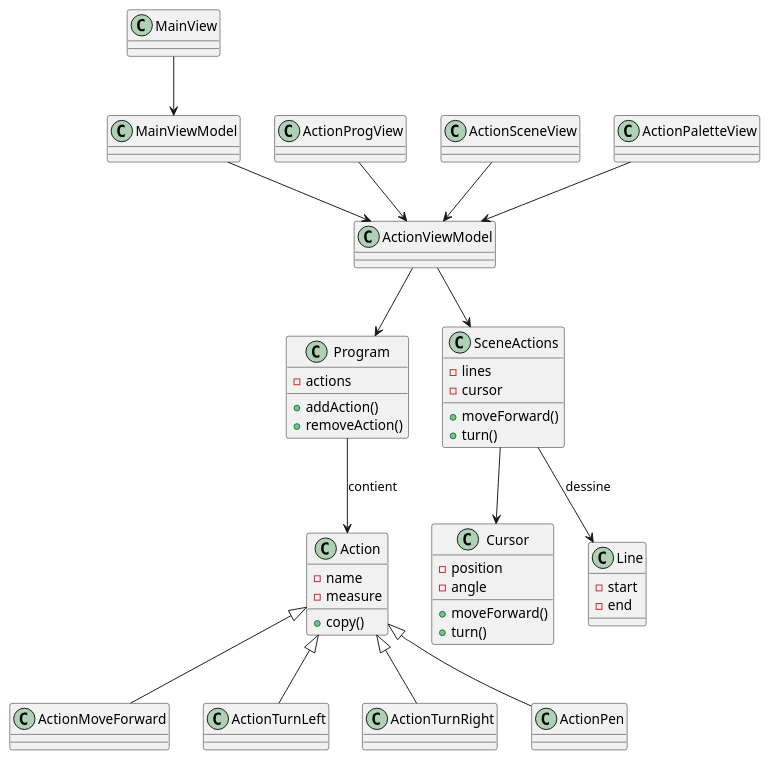
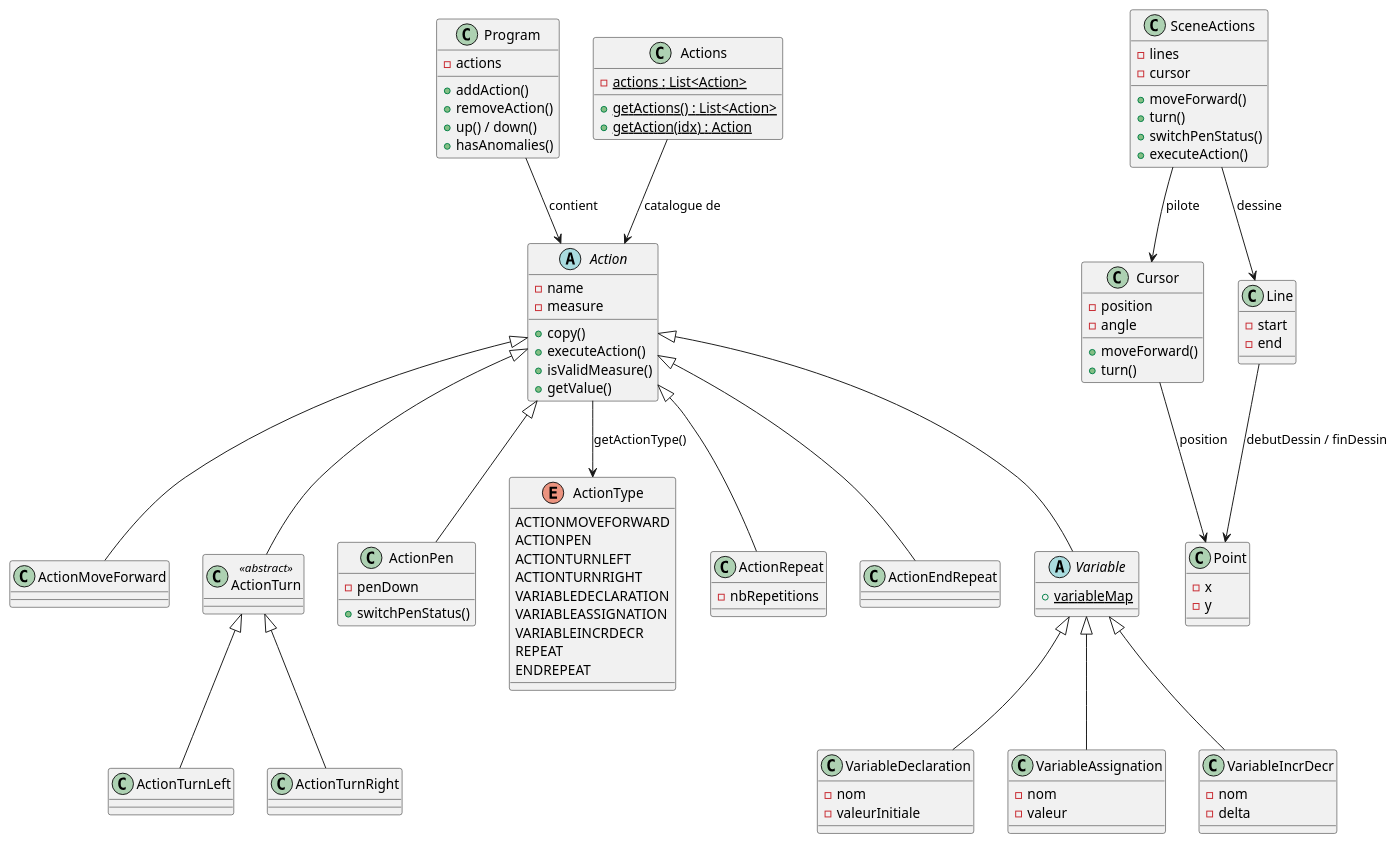
Before and after one commit to cheikh2231/ActionSimulatorJava: the diagram in src/diagrammeClasseDomaine.puml, drawn with PlantUML. The commit also changed 6 other files, not shown here.

Commit message:
Ajout des diagrammes

```diff
--- a/src/diagrammeClasseDomaine.puml
+++ b/src/diagrammeClasseDomaine.puml
@@ -1,60 +1,115 @@
 @startuml
-class Action {
+
+abstract class Action {
     - name
     - measure
     + copy()
+    + executeAction()
+    + isValidMeasure()
+    + getValue()
 }
 
 class ActionMoveForward
+class ActionTurn <<abstract>>
 class ActionTurnLeft
 class ActionTurnRight
-class ActionPen
+class ActionPen {
+    - penDown
+    + switchPenStatus()
+}
+enum ActionType {
+    ACTIONMOVEFORWARD
+    ACTIONPEN
+    ACTIONTURNLEFT
+    ACTIONTURNRIGHT
+    VARIABLEDECLARATION
+    VARIABLEASSIGNATION
+    VARIABLEINCRDECR
+    REPEAT
+    ENDREPEAT
+}
 
-Action <|-- ActionMoveForward
-Action <|-- ActionTurnLeft
-Action <|-- ActionTurnRight
-Action <|-- ActionPen
+class ActionRepeat {
+    - nbRepetitions
+}
+class ActionEndRepeat
+
+abstract class Variable {
+    + {static} variableMap
+}
+class VariableDeclaration {
+    - nom
+    - valeurInitiale
+}
+class VariableAssignation {
+    - nom
+    - valeur
+}
+class VariableIncrDecr {
+    - nom
+    - delta
+}
 
 class Program {
     - actions
     + addAction()
     + removeAction()
+    + up() / down()
+    + hasAnomalies()
 }
 
 class SceneActions {
     - lines
     - cursor
     + moveForward()
     + turn()
+    + switchPenStatus()
+    + executeAction()
 }
 
 class Cursor {
     - position
     - angle
     + moveForward()
     + turn()
 }
 
 class Line {
     - start
     - end
 }
 
-class ActionViewModel
-class MainViewModel
-class ActionProgView
-class ActionSceneView
-class ActionPaletteView
-class MainView
+class Point {
+    - x
+    - y
+}
+class Actions {
+    - {static} actions : List<Action>
+    + {static} getActions() : List<Action>
+    + {static} getAction(idx) : Action
+}
 
-Program --> Action   : contient
-SceneActions --> Cursor
-SceneActions --> Line : dessine
-ActionViewModel --> Program
-ActionViewModel --> SceneActions
-ActionProgView --> ActionViewModel
-ActionSceneView --> ActionViewModel
-ActionPaletteView --> ActionViewModel
-MainView --> MainViewModel
-MainViewModel --> ActionViewModel
+'Les héritages
+Action <|-- ActionMoveForward
+Action <|-- ActionTurn
+Action <|-- ActionPen
+Action <|-- ActionRepeat
+Action <|-- ActionEndRepeat
+Action <|-- Variable
+
+ActionTurn <|-- ActionTurnLeft
+ActionTurn <|-- ActionTurnRight
+
+Variable <|-- VariableDeclaration
+Variable <|-- VariableAssignation
+Variable <|-- VariableIncrDecr
+Action --> ActionType : getActionType()
+
+'LEs associations avec metiers
+Program --> Action       : contient
+SceneActions --> Cursor  : pilote
+SceneActions --> Line    : dessine
+Cursor --> Point         : position
+Line --> Point           : debutDessin / finDessin
+Actions --> Action : catalogue de
 @enduml
```
